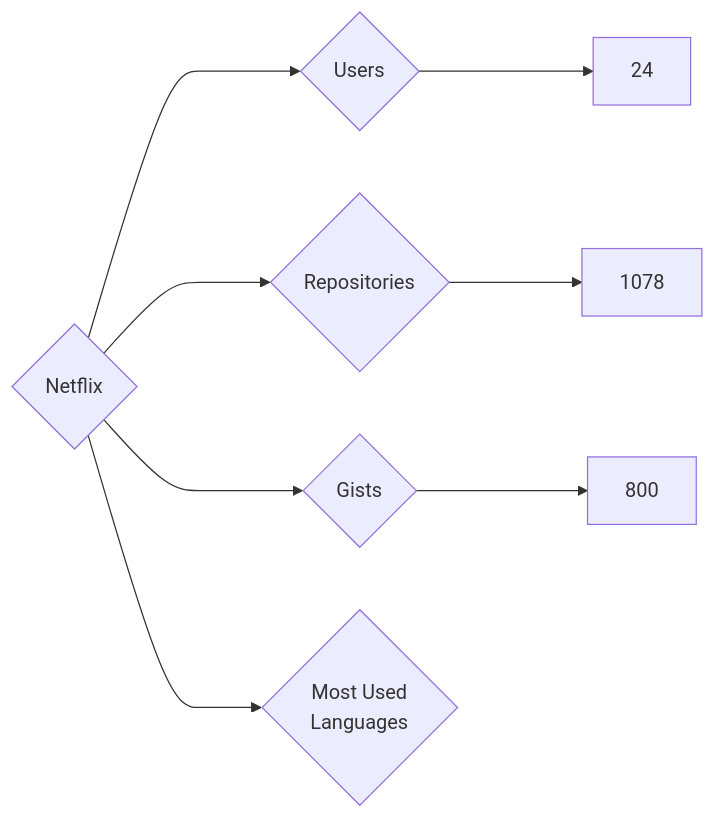
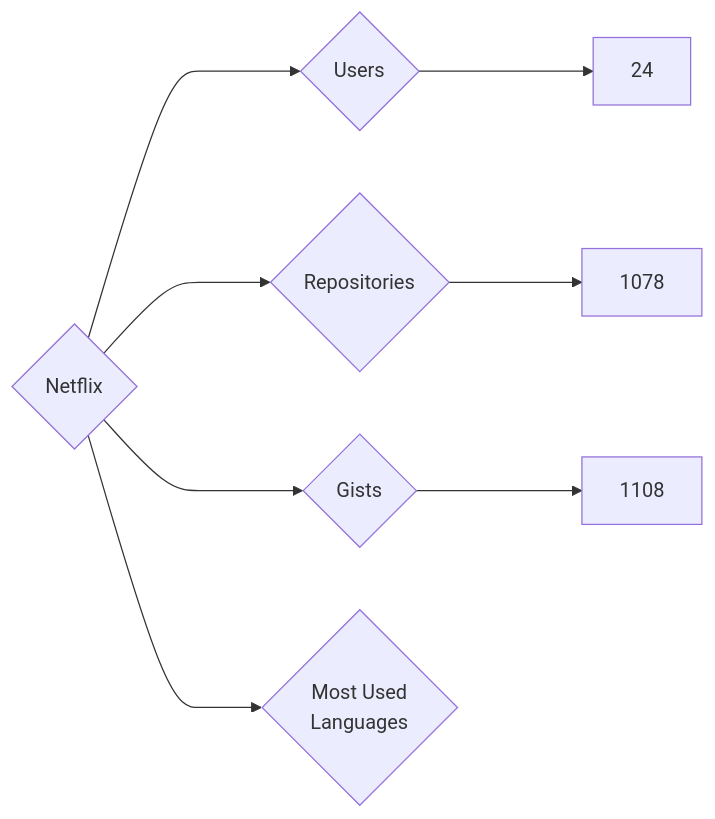
The diagram in targets/Netflix/README.md (nenadzaric/insiders), drawn with Mermaid before and after one commit. The commit also changed 1342 other files, not shown here.

````diff
--- a/targets/Netflix/README.md
+++ b/targets/Netflix/README.md
@@ -3,8 +3,8 @@
 ```mermaid
 graph LR
 COMPANY_NAME{Netflix}
 COMPANY_NAME ---> U{Users} ---> UN[24]
 COMPANY_NAME ---> R{Repositories} ---> RN[1078]
-COMPANY_NAME ---> G{Gists} ---> GN[800]
+COMPANY_NAME ---> G{Gists} ---> GN[1108]
 COMPANY_NAME ---> ML{Most Used<br>Languages}
 ```
````
